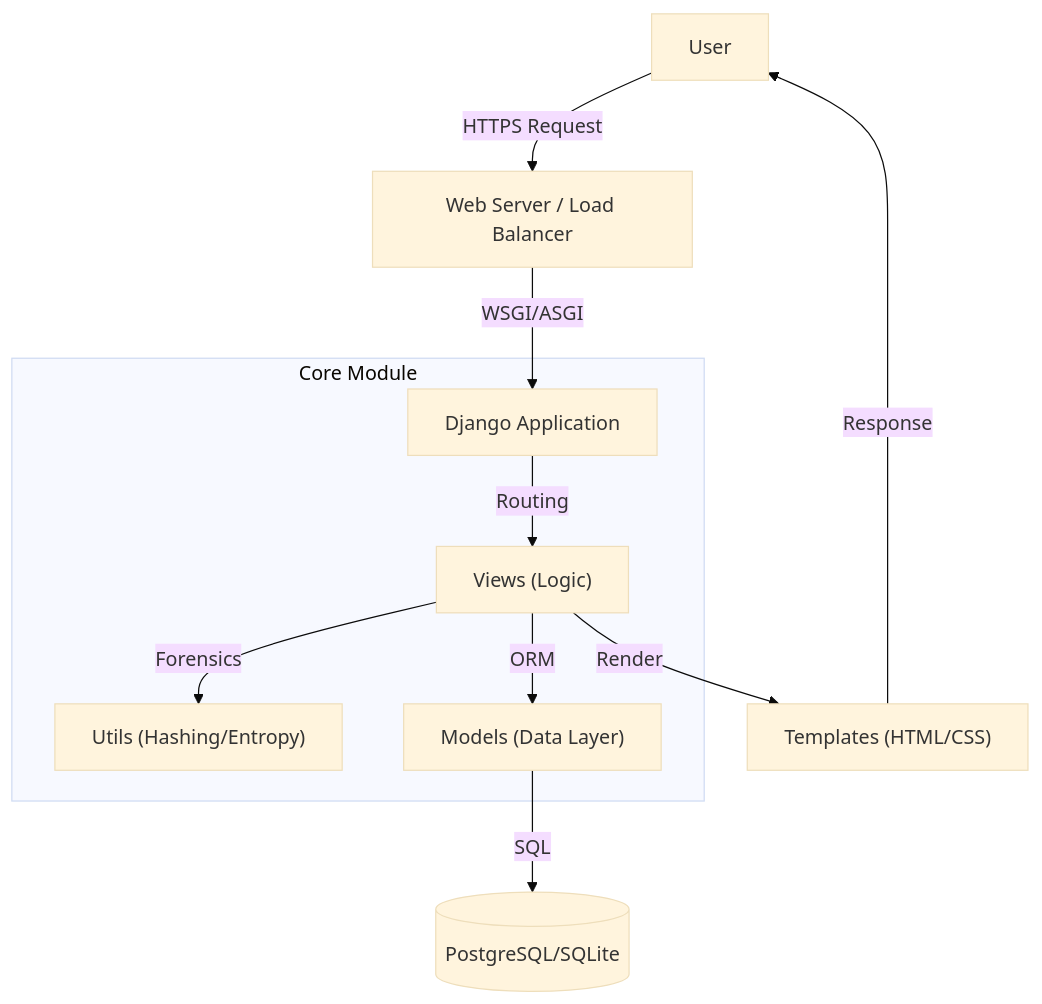
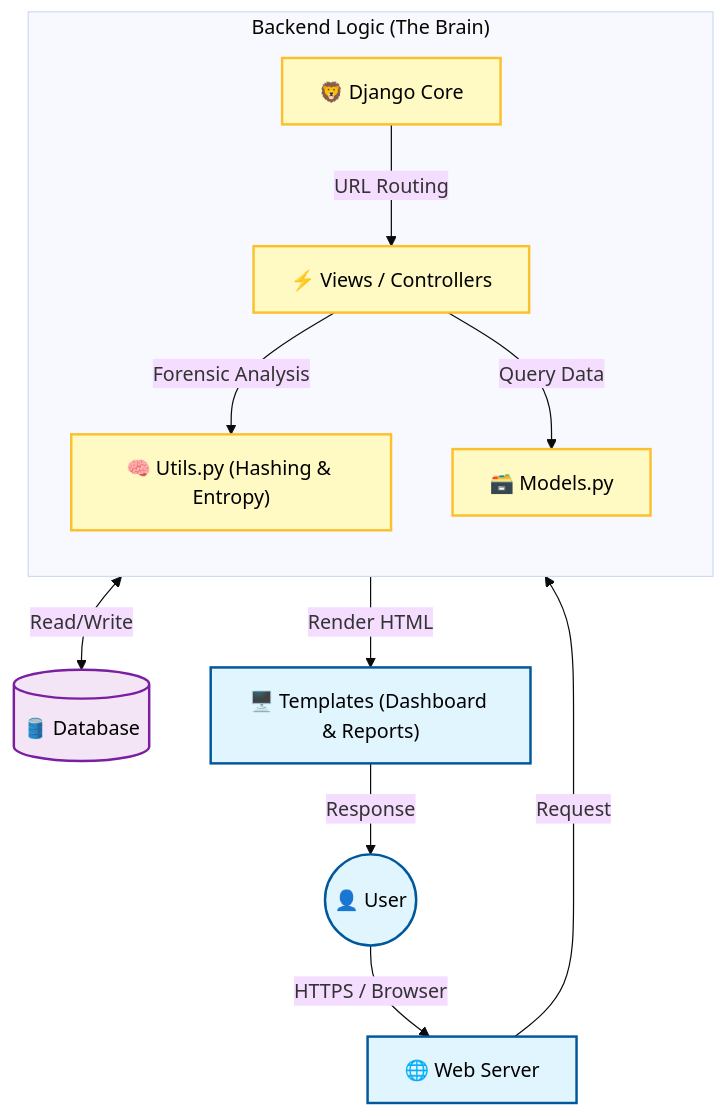
One commit to vaishnav4281/file-integrity changed the first of 8 diagrams in Structure.md. Above: the diagram before and after it, drawn with Mermaid (base theme). The commit also changed other lines of this file, not shown here.

````diff
--- a/Structure.md
+++ b/Structure.md
@@ -14,13 +26,22 @@
 ```mermaid
 graph TD
-    User[User] -->|"HTTPS Request"| LoadBalancer["Web Server / Load Balancer"]
-    LoadBalancer -->|"WSGI/ASGI"| Django["Django Application"]
-    subgraph "Core Module"
-        Django -->|Routing| Views["Views (Logic)"]
-        Views -->|Forensics| Logic["Utils (Hashing/Entropy)"]
-        Views -->|ORM| Models["Models (Data Layer)"]
+    classDef client fill:#e1f5fe,stroke:#01579b,stroke-width:2px,color:black;
+    classDef server fill:#fff9c4,stroke:#fbc02d,stroke-width:2px,color:black;
+    classDef db fill:#f3e5f5,stroke:#7b1fa2,stroke-width:2px,color:black;
+
+    User((👤 User)):::client -->|"HTTPS / Browser"| LoadBalancer["🌐 Web Server"]:::client
+    LoadBalancer -->|Request| Django["🦁 Django Core"]:::server
+
+    subgraph "Backend Logic (The Brain)"
+        direction TB
+        Django -->|"URL Routing"| Views["⚡ Views / Controllers"]:::server
+        Views -->|"Forensic Analysis"| Logic["🧠 Utils.py (Hashing & Entropy)"]:::server
+        Views -->|"Query Data"| Models["🗃️ Models.py"]:::server
     end
-    Models -->|SQL| DB[("PostgreSQL/SQLite")]
-    Views -->|Render| UI["Templates (HTML/CSS)"]
+
+    Models <-->|"Read/Write"| DB[("🛢️ Database")]:::db
+    
+    Views -->|"Render HTML"| UI["🖥️ Templates (Dashboard & Reports)"]:::client
     UI -->|Response| User
+
 ```
````
